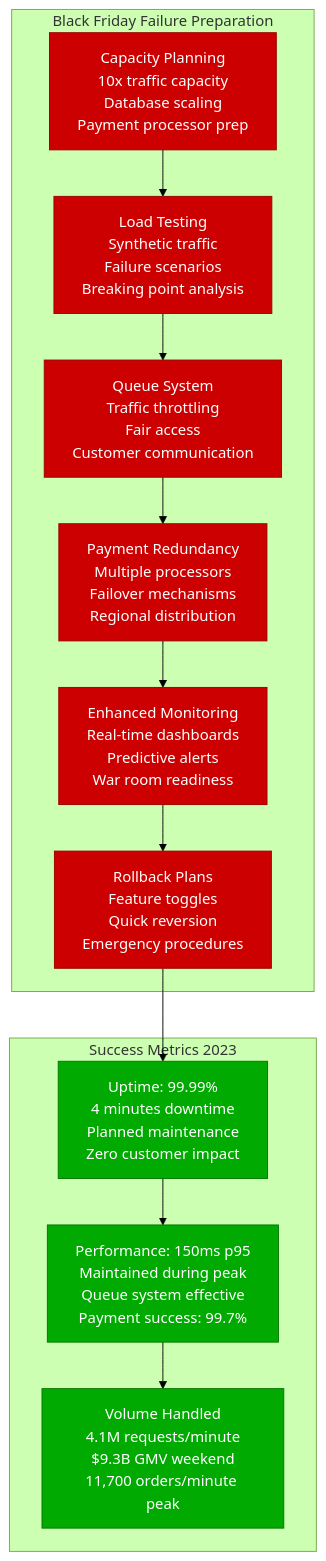
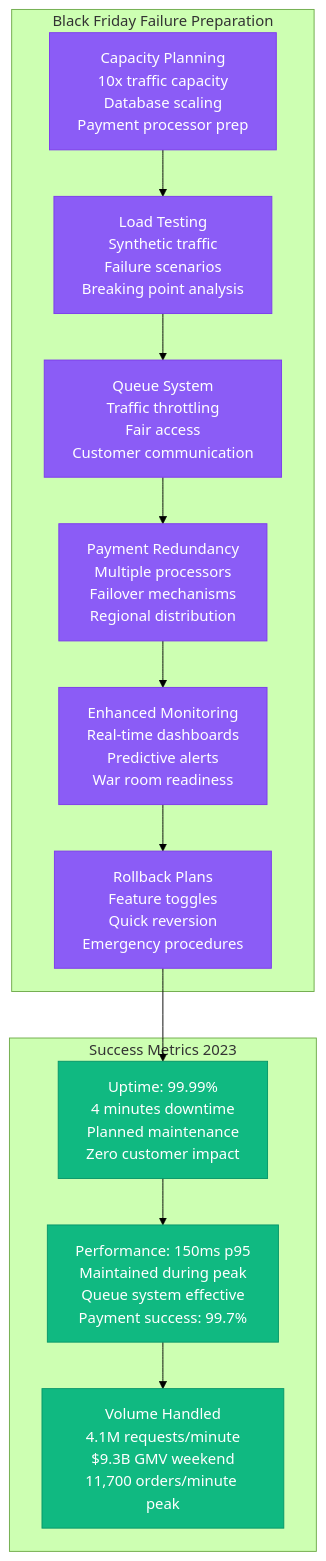
One commit to deepaucksharma/DS changed the ninth of 9 diagrams in site/docs/systems/shopify/failure-domains.md. Above: the diagram before and after it, drawn with Mermaid (forest theme). The commit also changed other lines of this file and 303 other files, not shown here.

````diff
--- a/site/docs/systems/shopify/failure-domains.md
+++ b/site/docs/systems/shopify/failure-domains.md
@@ -446,42 +446,42 @@
 ```mermaid
 graph TB
     subgraph "Black Friday Failure Preparation"
         CAPACITY_PLANNING[Capacity Planning<br/>10x traffic capacity<br/>Database scaling<br/>Payment processor prep]
 
         LOAD_TESTING[Load Testing<br/>Synthetic traffic<br/>Failure scenarios<br/>Breaking point analysis]
 
         QUEUE_SYSTEM[Queue System<br/>Traffic throttling<br/>Fair access<br/>Customer communication]
 
         PAYMENT_REDUNDANCY[Payment Redundancy<br/>Multiple processors<br/>Failover mechanisms<br/>Regional distribution]
 
         MONITORING_ENHANCED[Enhanced Monitoring<br/>Real-time dashboards<br/>Predictive alerts<br/>War room readiness]
 
         ROLLBACK_PLANS[Rollback Plans<br/>Feature toggles<br/>Quick reversion<br/>Emergency procedures]
     end
 
     %% Black Friday flow
     CAPACITY_PLANNING --> LOAD_TESTING
     LOAD_TESTING --> QUEUE_SYSTEM
     QUEUE_SYSTEM --> PAYMENT_REDUNDANCY
     PAYMENT_REDUNDANCY --> MONITORING_ENHANCED
     MONITORING_ENHANCED --> ROLLBACK_PLANS
 
     subgraph "Success Metrics 2023"
         UPTIME_BF[Uptime: 99.99%<br/>4 minutes downtime<br/>Planned maintenance<br/>Zero customer impact]
 
         PERFORMANCE_BF[Performance: 150ms p95<br/>Maintained during peak<br/>Queue system effective<br/>Payment success: 99.7%]
 
         VOLUME_BF[Volume Handled<br/>4.1M requests/minute<br/>$9.3B GMV weekend<br/>11,700 orders/minute peak]
     end
 
     ROLLBACK_PLANS --> UPTIME_BF
     UPTIME_BF --> PERFORMANCE_BF
     PERFORMANCE_BF --> VOLUME_BF
 
     %% Apply Black Friday colors
-    classDef prepStyle fill:#CC0000,stroke:#990000,color:#fff
-    classDef successStyle fill:#00AA00,stroke:#007700,color:#fff
+    classDef prepStyle fill:#8B5CF6,stroke:#7C3AED,color:#fff
+    classDef successStyle fill:#10B981,stroke:#059669,color:#fff
 
     class CAPACITY_PLANNING,LOAD_TESTING,QUEUE_SYSTEM,PAYMENT_REDUNDANCY,MONITORING_ENHANCED,ROLLBACK_PLANS prepStyle
     class UPTIME_BF,PERFORMANCE_BF,VOLUME_BF successStyle
 ```
````
